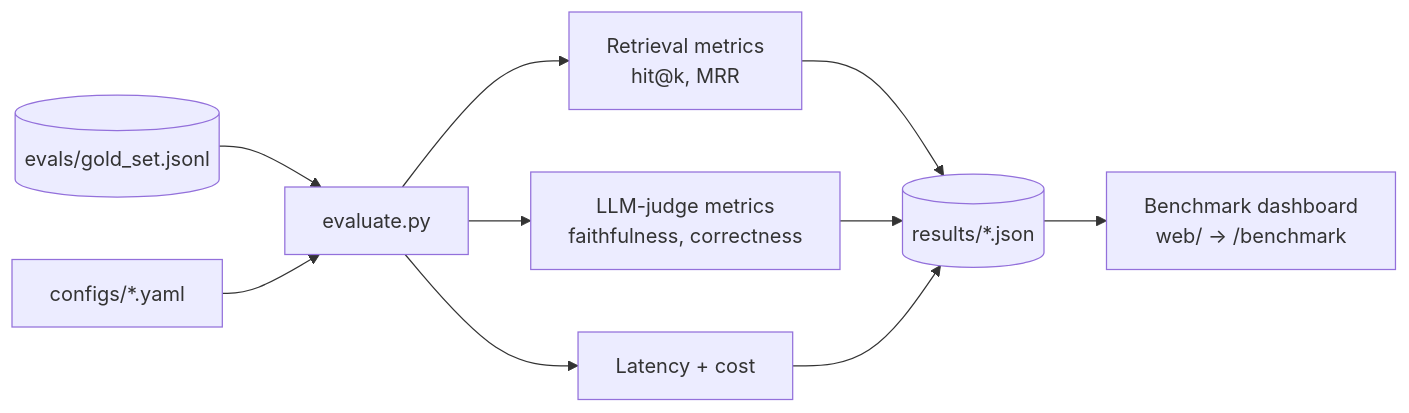
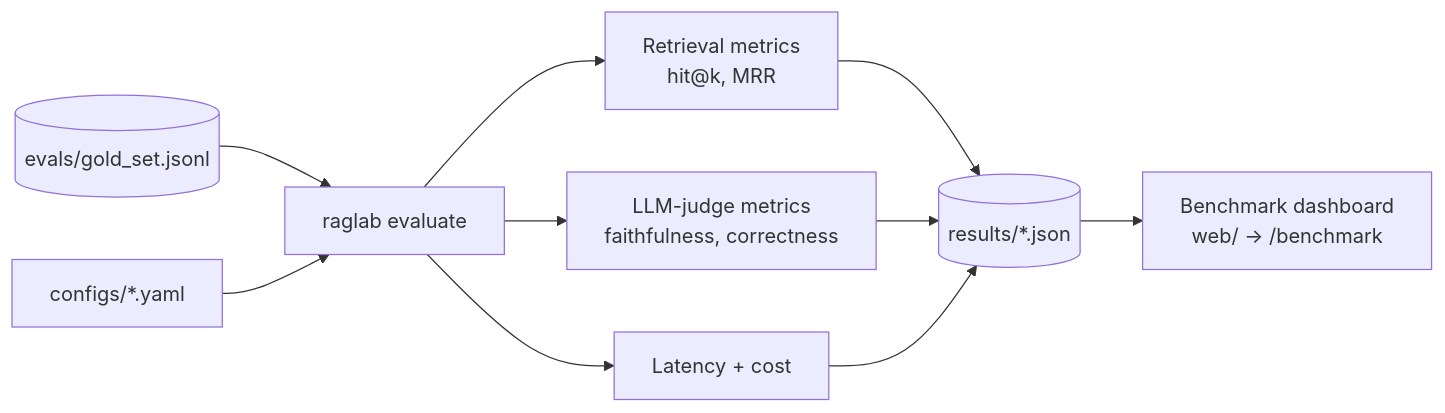
The third of 3 diagrams in docs/architecture.md (priyam-16/rag-lab), drawn with Mermaid before and after one commit. The commit also changed other lines of this file and 19 other files, not shown here.

````diff
--- a/docs/architecture.md
+++ b/docs/architecture.md
@@ -45,10 +48,10 @@
 ```mermaid
 flowchart LR
-    GS[("evals/gold_set.jsonl")] --> EV["evaluate.py"]
+    GS[("evals/gold_set.jsonl")] --> EV["raglab evaluate"]
     CFG["configs/*.yaml"] --> EV
     EV --> RM["Retrieval metrics<br/>hit@k, MRR"]
     EV --> JM["LLM-judge metrics<br/>faithfulness, correctness"]
     EV --> LC["Latency + cost"]
     RM & JM & LC --> RES[("results/*.json")]
     RES --> DB["Benchmark dashboard<br/>web/ → /benchmark"]
 ```
````
